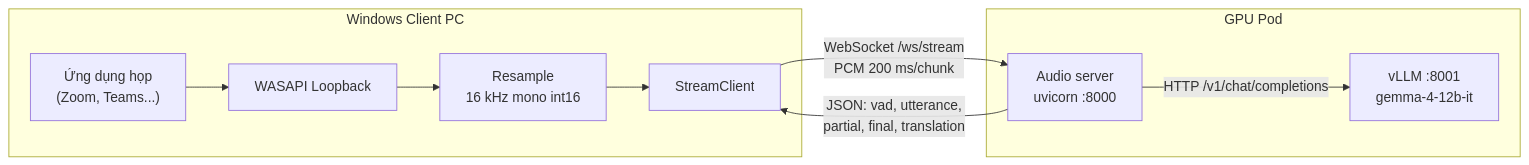
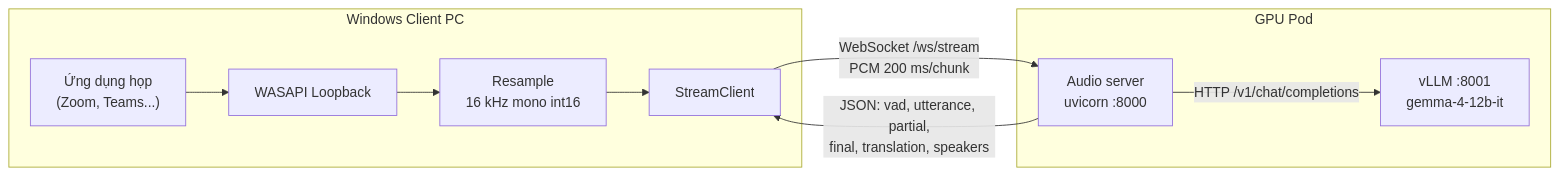
One commit to phivan3008/Realtime-meeting-translator-v7 changed the first of 8 diagrams in ARCHITECTURE.md. Above: the diagram before and after it, drawn with Mermaid. The commit also changed other lines of this file and 7 other files, not shown here.

````diff
--- a/ARCHITECTURE.md
+++ b/ARCHITECTURE.md
@@ -18,15 +18,15 @@
 ```mermaid
 flowchart LR
     subgraph WIN["Windows Client PC"]
         APP["Ứng dụng họp<br/>(Zoom, Teams...)"] --> CAP["WASAPI Loopback"]
         CAP --> RS["Resample<br/>16 kHz mono int16"]
         RS --> WS["StreamClient"]
     end
     subgraph POD["GPU Pod"]
         SRV["Audio server<br/>uvicorn :8000"]
         LLM["vLLM :8001<br/>gemma-4-12b-it"]
         SRV -- "HTTP /v1/chat/completions" --> LLM
     end
     WS -- "WebSocket /ws/stream<br/>PCM 200 ms/chunk" --> SRV
-    SRV -- "JSON: vad, utterance,<br/>partial, final, translation" --> WS
+    SRV -- "JSON: vad, utterance, partial,<br/>final, translation, speakers" --> WS
 ```
````
